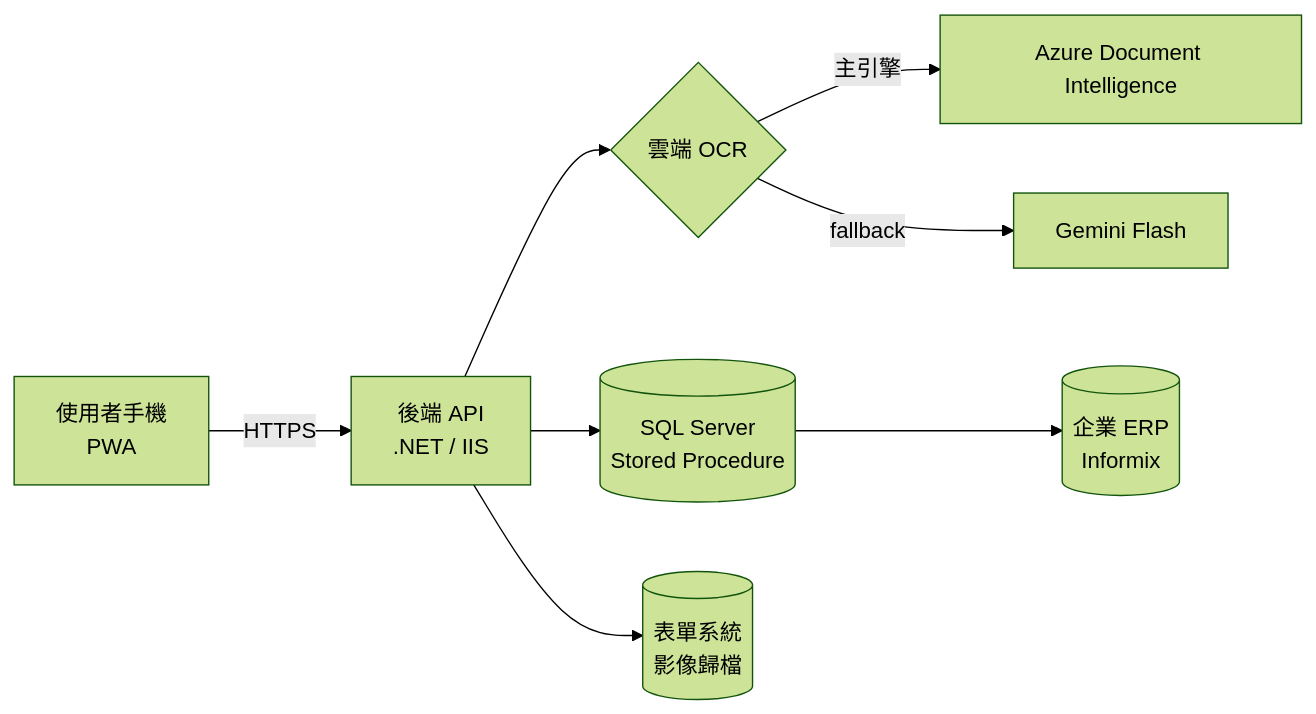
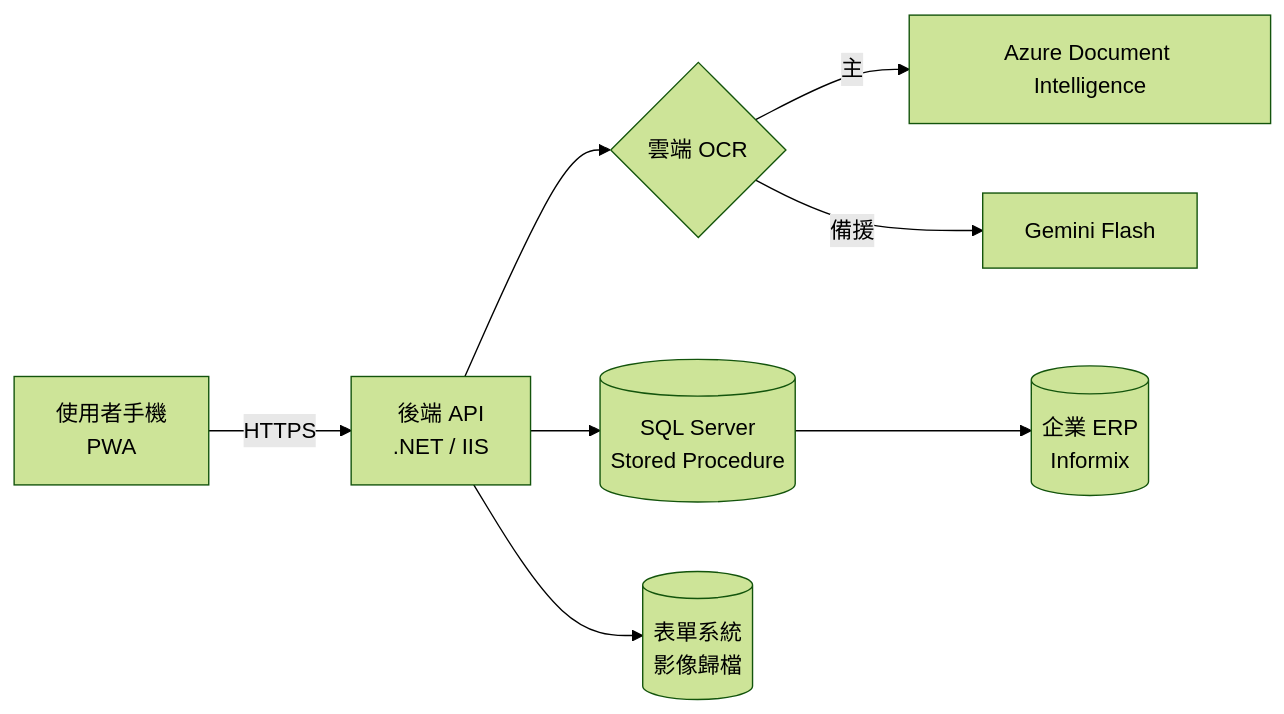
Before and after one commit to gcjack1124/iqc-invoice-ocr-pwa: the diagram in README.md, drawn with Mermaid (forest theme). The commit also changed other lines of this file and 2 other files, not shown here.

Commit message:
docs: v5 - add real screenshots, detailed flow, quantified impact (4-5min to 30s)

````diff
--- a/README.md
+++ b/README.md
@@ -49,10 +41,10 @@
 ```mermaid
 flowchart LR
   U["使用者手機<br/>PWA"] -->|HTTPS| API["後端 API<br/>.NET / IIS"]
   API --> OCR{"雲端 OCR"}
-  OCR -->|主引擎| AZ["Azure Document Intelligence"]
-  OCR -->|fallback| GM["Gemini Flash"]
+  OCR -->|主| AZ["Azure Document Intelligence"]
+  OCR -->|備援| GM["Gemini Flash"]
   API --> DB[("SQL Server<br/>Stored Procedure")]
   DB --> ERP[("企業 ERP<br/>Informix")]
   API --> EF[("表單系統<br/>影像歸檔")]
 ```
````
